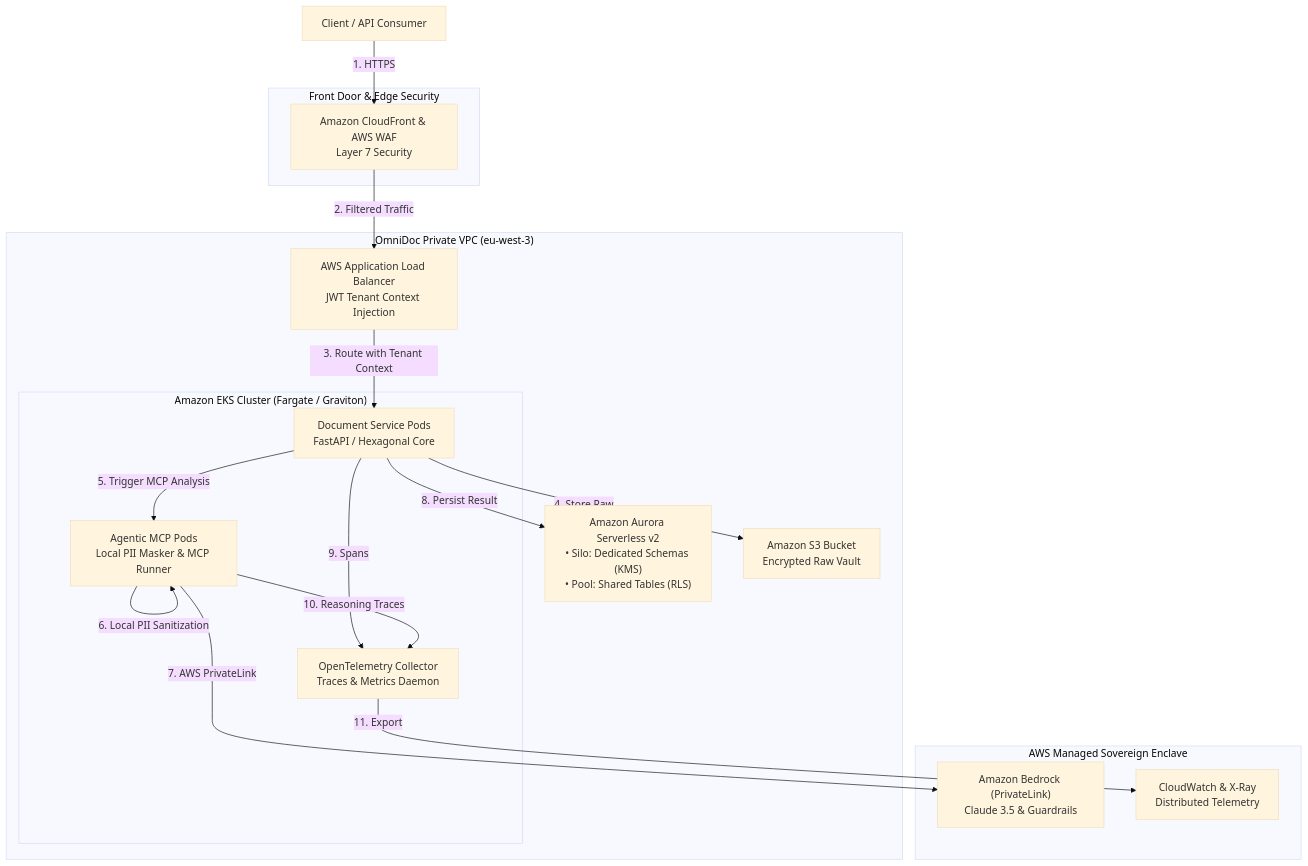
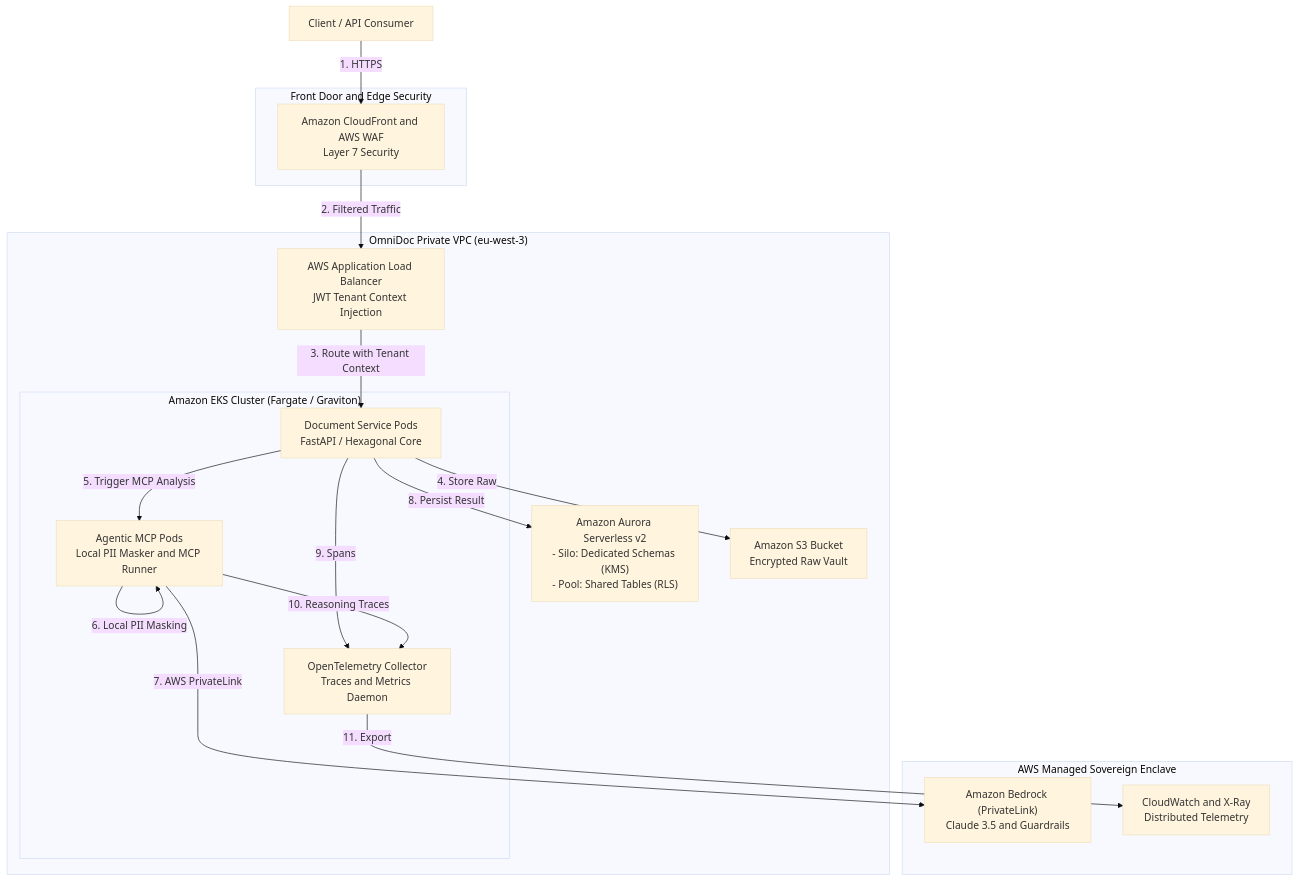
Before and after one commit to widadsaghir/aws-saas-multi-tenant-bedrock-accelerator: the second of 4 diagrams in README.md, drawn with Mermaid (base theme). The commit also changed other lines of this file and 8 other files, not shown here.

Commit message:
docs(architecture): fix Mermaid syntax and synchronize C4 diagrams in 3 formats

````diff
--- a/README.md
+++ b/README.md
@@ -79,38 +79,38 @@
 ```mermaid
 flowchart TD
     Client["Client / API Consumer"]
     
-    subgraph Edge ["Front Door & Edge Security"]
-        WAF["Amazon CloudFront & AWS WAF<br/>Layer 7 Security"]
+    subgraph Edge ["Front Door and Edge Security"]
+        WAF["Amazon CloudFront and AWS WAF<br/>Layer 7 Security"]
     end
 
     subgraph VPC ["OmniDoc Private VPC (eu-west-3)"]
         ALB["AWS Application Load Balancer<br/>JWT Tenant Context Injection"]
         
         subgraph EKS ["Amazon EKS Cluster (Fargate / Graviton)"]
             DocPods["Document Service Pods<br/>FastAPI / Hexagonal Core"]
-            AgentPods["Agentic MCP Pods<br/>Local PII Masker & MCP Runner"]
-            OtelCollector["OpenTelemetry Collector<br/>Traces & Metrics Daemon"]
+            AgentPods["Agentic MCP Pods<br/>Local PII Masker and MCP Runner"]
+            OtelCollector["OpenTelemetry Collector<br/>Traces and Metrics Daemon"]
         end
         
-        Aurora["Amazon Aurora Serverless v2<br/>• Silo: Dedicated Schemas (KMS)<br/>• Pool: Shared Tables (RLS)"]
+        Aurora["Amazon Aurora Serverless v2<br/>- Silo: Dedicated Schemas (KMS)<br/>- Pool: Shared Tables (RLS)"]
         S3["Amazon S3 Bucket<br/>Encrypted Raw Vault"]
     end
 
     subgraph AWS_Services ["AWS Managed Sovereign Enclave"]
-        Bedrock["Amazon Bedrock (PrivateLink)<br/>Claude 3.5 & Guardrails"]
-        CloudWatch["CloudWatch & X-Ray<br/>Distributed Telemetry"]
+        Bedrock["Amazon Bedrock (PrivateLink)<br/>Claude 3.5 and Guardrails"]
+        CloudWatch["CloudWatch and X-Ray<br/>Distributed Telemetry"]
     end
 
     Client -->|1. HTTPS| WAF
     WAF -->|2. Filtered Traffic| ALB
     ALB -->|3. Route with Tenant Context| DocPods
     DocPods -->|4. Store Raw| S3
     DocPods -->|5. Trigger MCP Analysis| AgentPods
-    AgentPods -->|6. Local PII Sanitization| AgentPods
+    AgentPods -->|6. Local PII Masking| AgentPods
     AgentPods -->|7. AWS PrivateLink| Bedrock
     DocPods -->|8. Persist Result| Aurora
     DocPods -->|9. Spans| OtelCollector
     AgentPods -->|10. Reasoning Traces| OtelCollector
     OtelCollector -->|11. Export| CloudWatch
 ```
````
